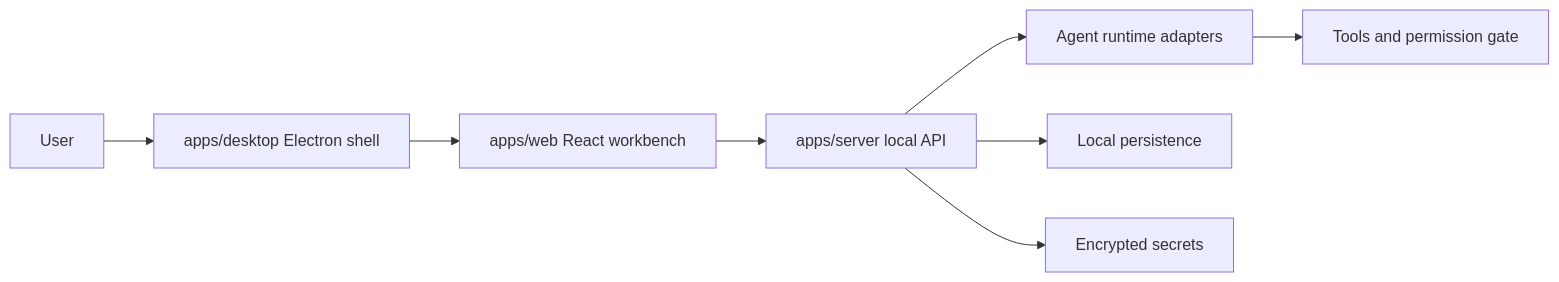
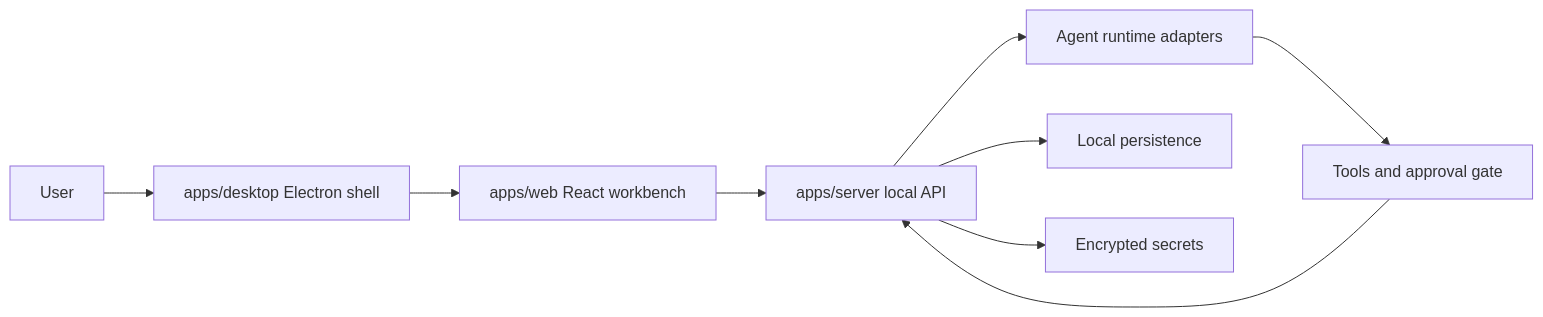
The first of 2 diagrams in docs/architecture.md (cn-scuo-oo/nexadesk), drawn with Mermaid before and after one commit. The commit also changed other lines of this file, not shown here.

Commit message:
Rewrite architecture doc around the agent execution model

````diff
--- a/docs/architecture.md
+++ b/docs/architecture.md
@@ -7,19 +15,20 @@
 ```mermaid
 flowchart LR
   User["User"]
   Web["apps/web React workbench"]
   Desktop["apps/desktop Electron shell"]
   API["apps/server local API"]
   Runtime["Agent runtime adapters"]
-  Tools["Tools and permission gate"]
+  Tools["Tools and approval gate"]
   Store["Local persistence"]
   SafeStore["Encrypted secrets"]
 
   User --> Desktop
   Desktop --> Web
   Web --> API
   API --> Runtime
   Runtime --> Tools
+  Tools --> API
   API --> Store
   API --> SafeStore
 ```
````
